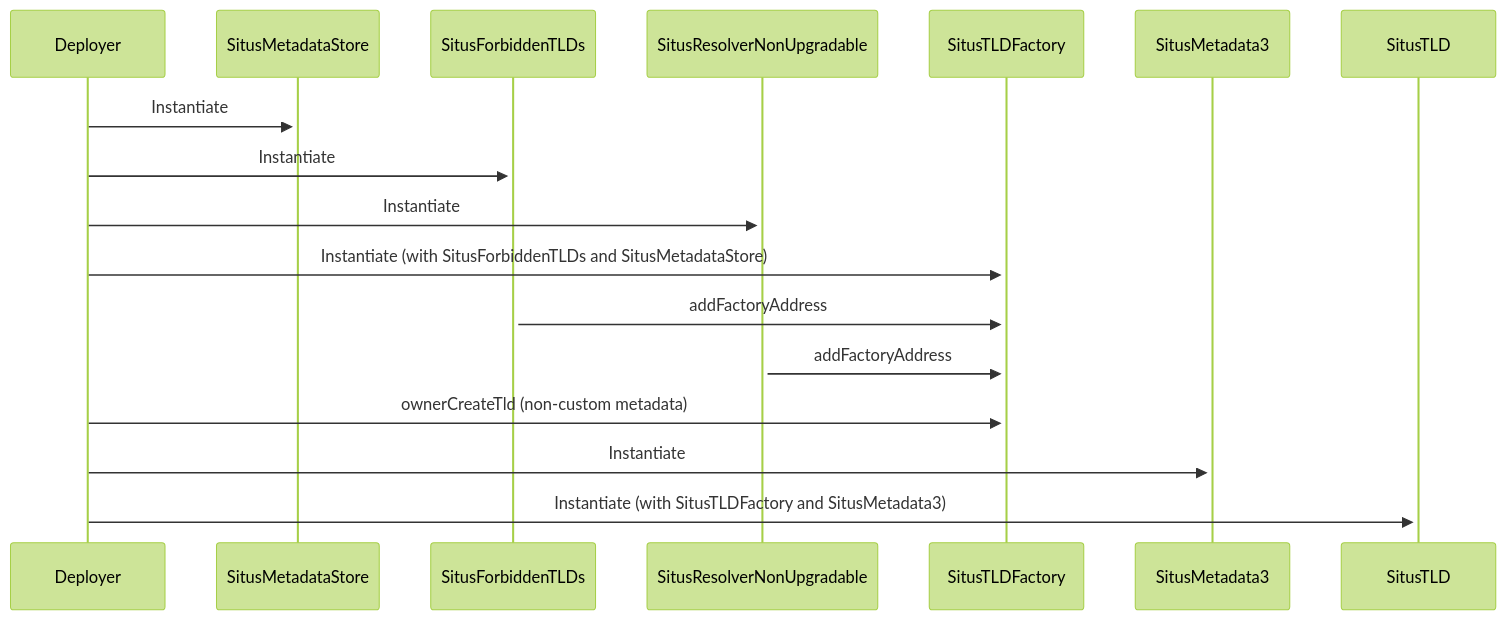
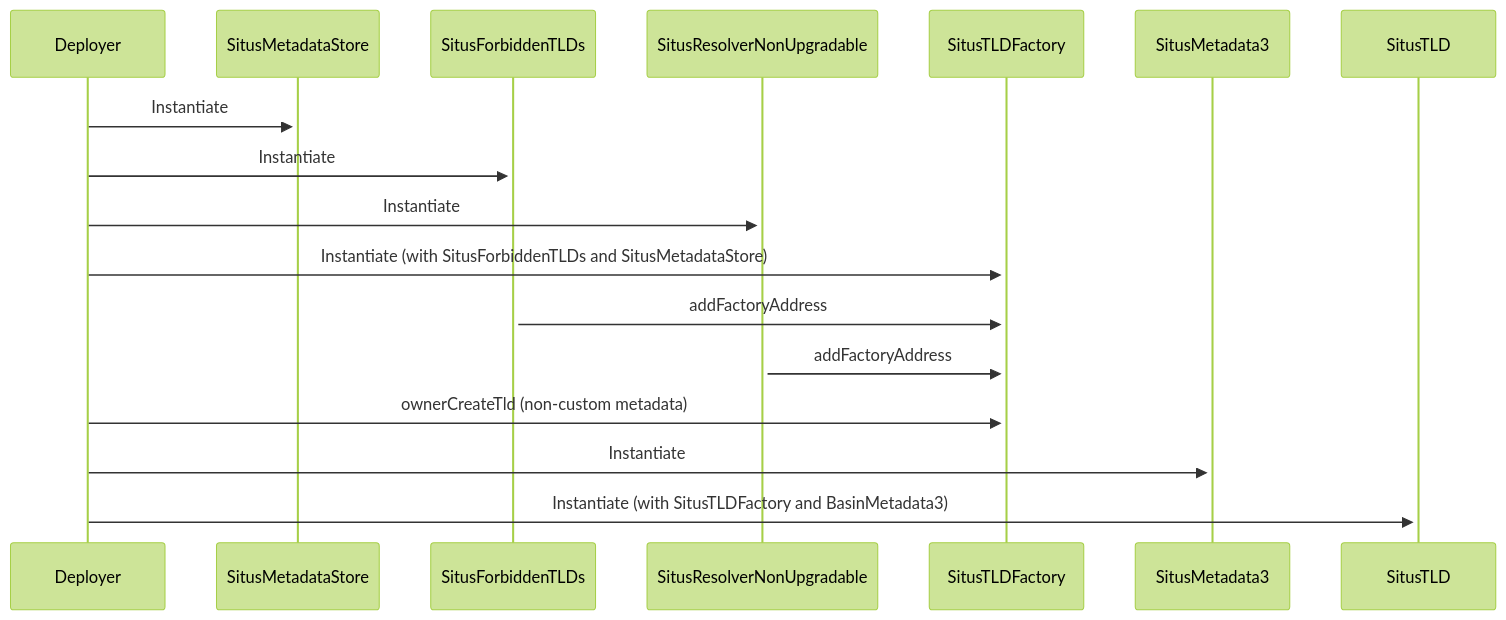
The diagram in README.md (basin-global/Situs-Protocol), drawn with Mermaid (forest theme) before and after one commit.

Commit message:
:memo: fix custom contract metadata name

````diff
--- a/README.md
+++ b/README.md
@@ -5,20 +5,20 @@
 ```mermaid
 sequenceDiagram
     participant deployer as Deployer
     participant basinMetadataStore as SitusMetadataStore
     participant basinForbiddenTLDs as SitusForbiddenTLDs
     participant basinResolverNonUpgradable as SitusResolverNonUpgradable
     participant basinTLDFactory as SitusTLDFactory
     participant basinMetadata3 as SitusMetadata3
     participant basinTLD as SitusTLD
 
     deployer ->>+ basinMetadataStore: Instantiate
     deployer ->>+ basinForbiddenTLDs: Instantiate
     deployer ->>+ basinResolverNonUpgradable: Instantiate
     deployer ->>+ basinTLDFactory: Instantiate (with SitusForbiddenTLDs and SitusMetadataStore)
     basinForbiddenTLDs ->>+ basinTLDFactory: addFactoryAddress
     basinResolverNonUpgradable ->>+ basinTLDFactory: addFactoryAddress
     deployer ->>+ basinTLDFactory: ownerCreateTld (non-custom metadata)
     deployer ->>+ basinMetadata3: Instantiate
-    deployer ->>+ basinTLD: Instantiate (with SitusTLDFactory and SitusMetadata3)
+    deployer ->>+ basinTLD: Instantiate (with SitusTLDFactory and BasinMetadata3)
 ```
````
